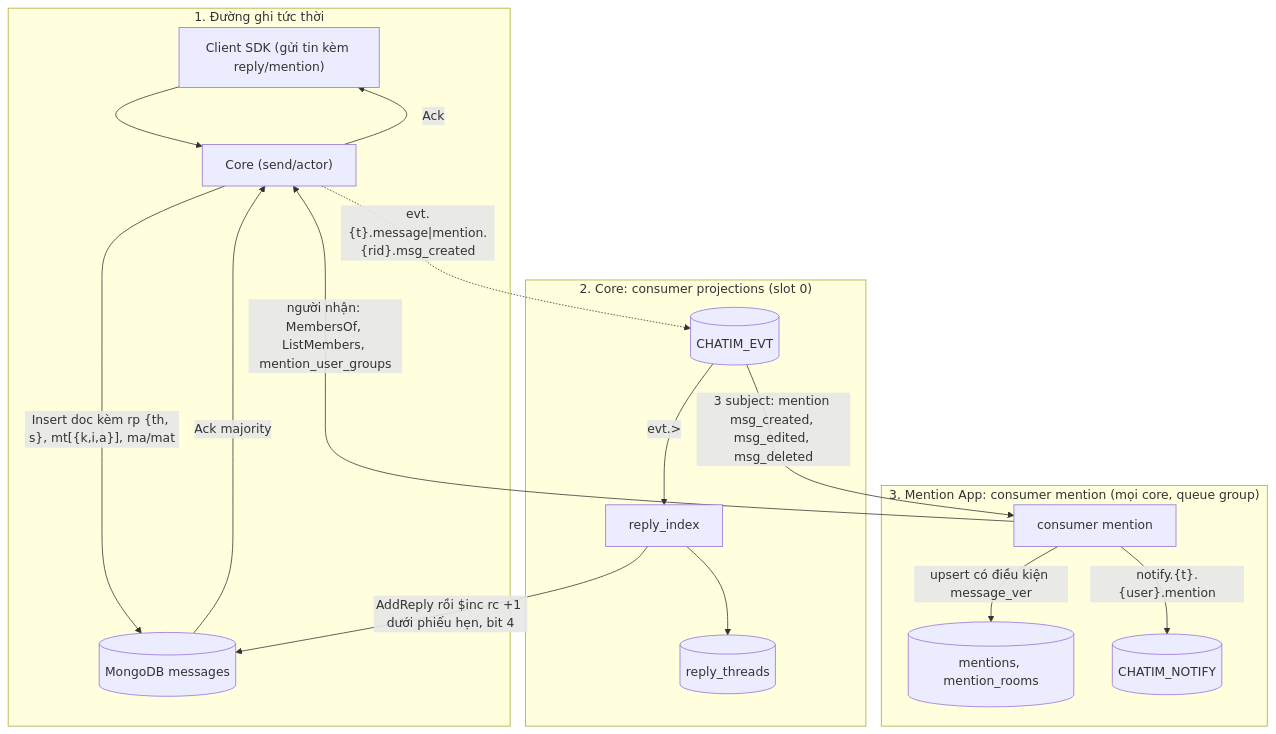
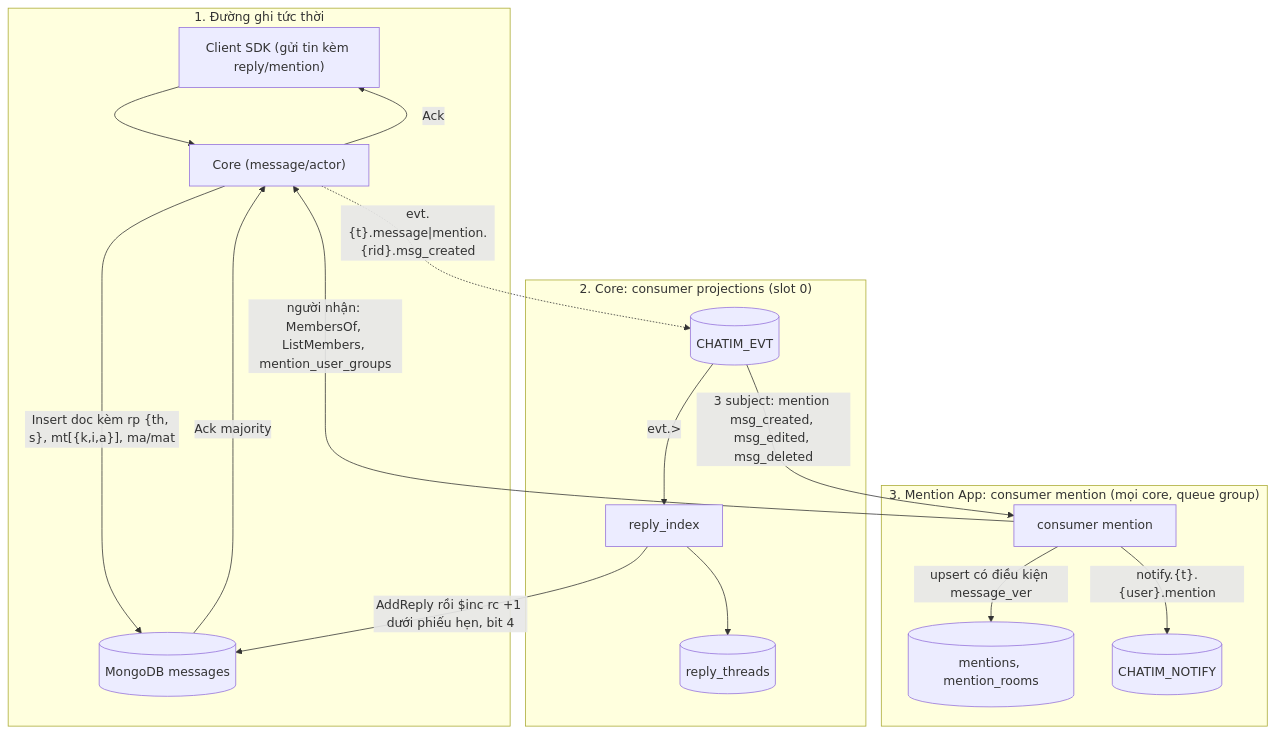
The first of 2 diagrams in docs/modules/06-feature-threads-replies-and-mentions.md (ivannguyendev/chatim), drawn with Mermaid before and after one commit. The commit also changed other lines of this file and 9 other files, not shown here.

````diff
--- a/docs/modules/06-feature-threads-replies-and-mentions.md
+++ b/docs/modules/06-feature-threads-replies-and-mentions.md
@@ -32,24 +32,24 @@
 ```mermaid
 flowchart TD
-    Client["Client SDK (gửi tin kèm reply/mention)"] --> Core["Core (send/actor)"]
+    Client["Client SDK (gửi tin kèm reply/mention)"] --> Core["Core (message/actor)"]
 
     subgraph FastPath["1. Đường ghi tức thời"]
         Core -->|"Insert doc kèm rp {th, s}, mt[{k,i,a}], ma/mat"| MongoMsg[("MongoDB messages")]
         MongoMsg -->|Ack majority| Core
         Core -->|Ack| Client
     end
 
     subgraph Replies["2. Core: consumer projections (slot 0)"]
         Core -.->|"evt.{t}.message|mention.{rid}.msg_created"| Evt[("CHATIM_EVT")]
         Evt -->|"evt.>"| RI["reply_index"]
         RI -->|"AddReply rồi $inc rc +1 dưới phiếu hẹn, bit 4"| MongoMsg
         RI --> Threads[("reply_threads")]
     end
 
     subgraph Mentions["3. Mention App: consumer mention (mọi core, queue group)"]
         Evt -->|"3 subject: mention msg_created, msg_edited, msg_deleted"| MA["consumer mention"]
         MA -->|"upsert có điều kiện message_ver"| Ments[("mentions, mention_rooms")]
         MA -->|"người nhận: MembersOf, ListMembers, mention_user_groups"| Core
         MA -->|"notify.{t}.{user}.mention"| Notify[("CHATIM_NOTIFY")]
     end
 ```
````
